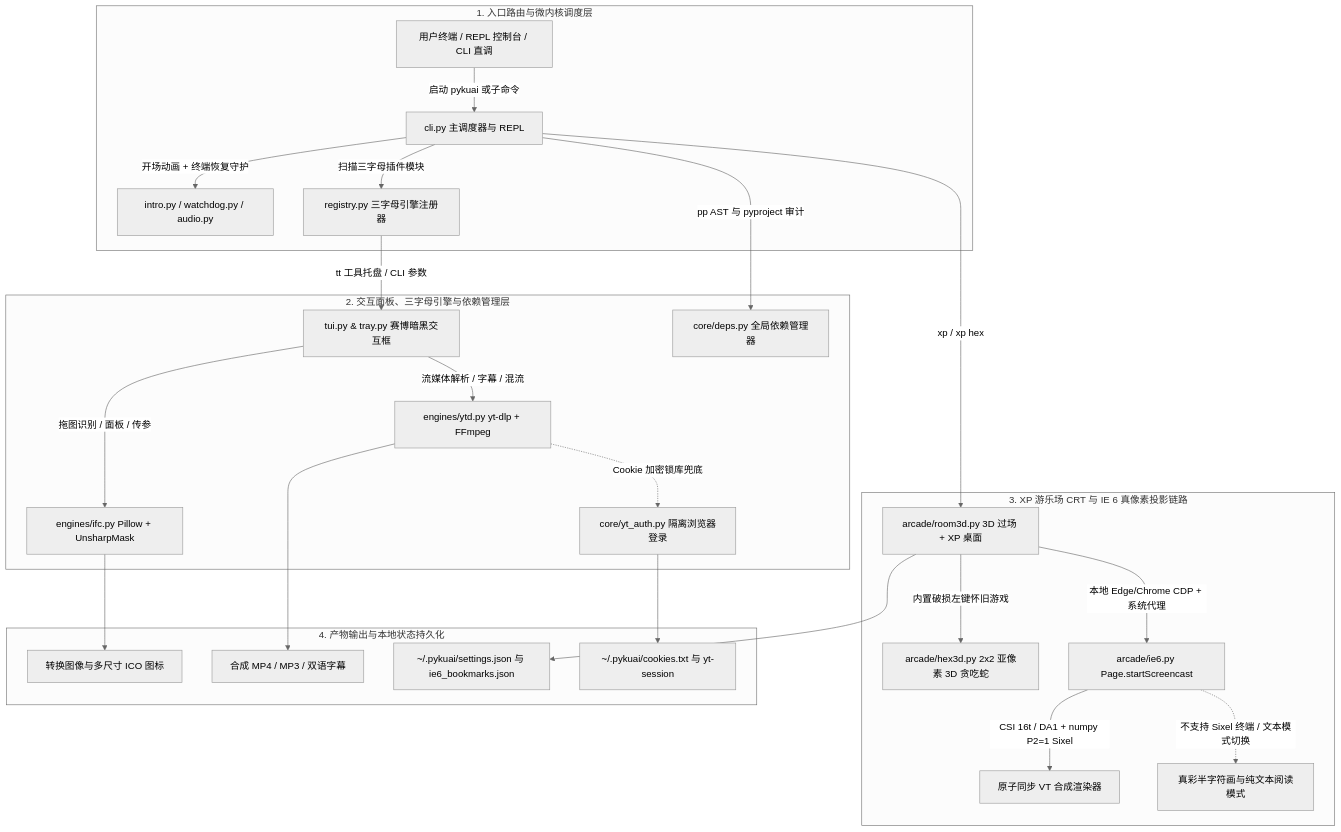
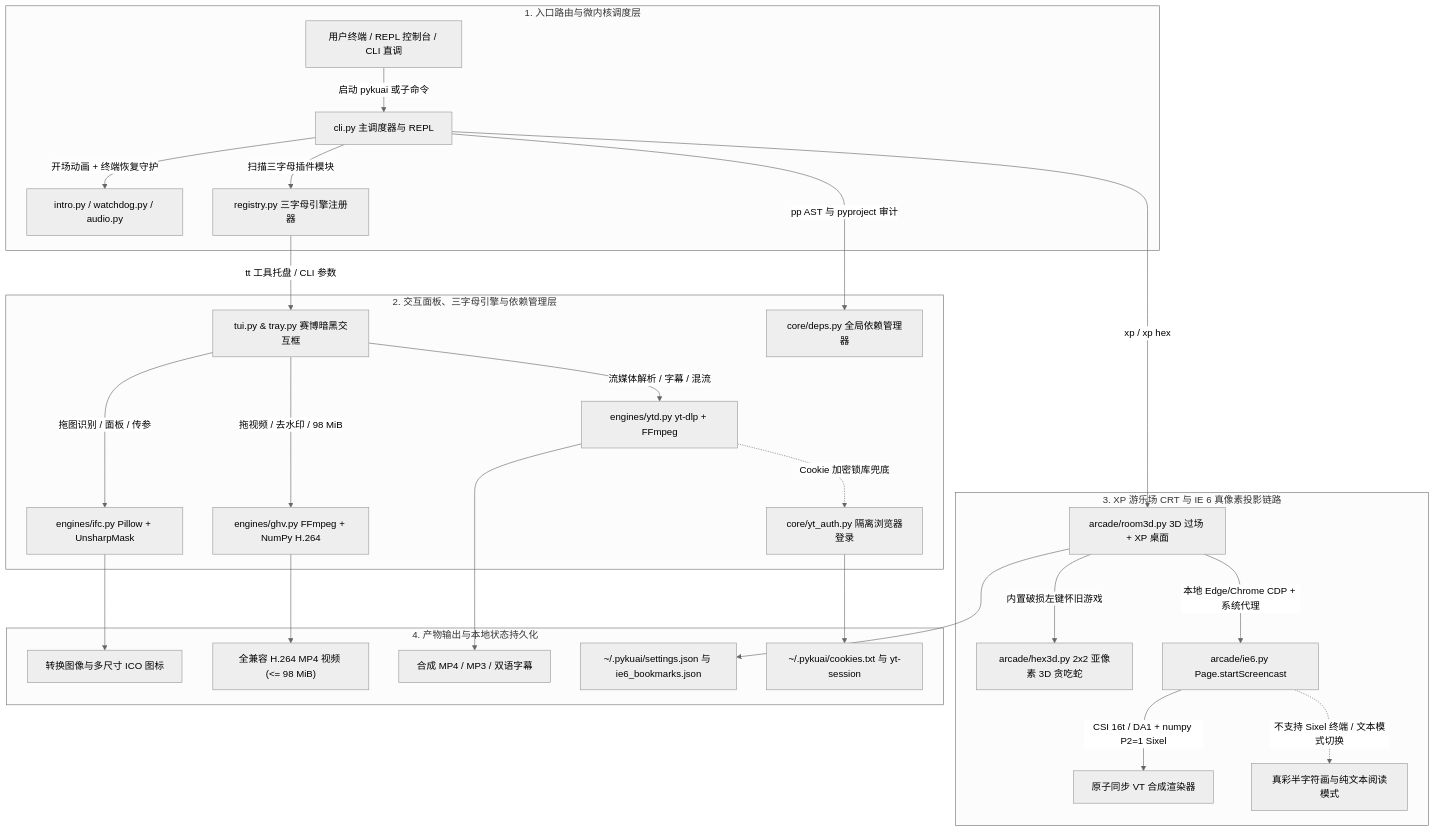
One commit to GallantTarry/pykuai changed the diagram in README.zh-CN.md. Above: the diagram before and after it, drawn with Mermaid (neutral theme). The commit also changed other lines of this file and 2 other files, not shown here.

First line of the commit message:
Enhance video optimization and watermark handling

````diff
--- a/README.zh-CN.md
+++ b/README.zh-CN.md
@@ -26,31 +26,33 @@
 ```mermaid
 flowchart TD
     subgraph S1["1. 入口路由与微内核调度层"]
         User["用户终端 / REPL 控制台 / CLI 直调"] -->|"启动 pykuai 或子命令"| CLI["cli.py 主调度器与 REPL"]
         CLI -->|"开场动画 + 终端恢复守护"| CoreUX["intro.py / watchdog.py / audio.py"]
         CLI -->|"扫描三字母插件模块"| Reg["registry.py 三字母引擎注册器"]
     end
 
     subgraph S2["2. 交互面板、三字母引擎与依赖管理层"]
         Reg -->|"tt 工具托盘 / CLI 参数"| TUI["tui.py & tray.py 赛博暗黑交互框"]
         TUI -->|"拖图识别 / 面板 / 传参"| IFC["engines/ifc.py Pillow + UnsharpMask"]
+        TUI -->|"拖视频 / 去水印 / 98 MiB"| GHV["engines/ghv.py FFmpeg + NumPy H.264"]
         TUI -->|"流媒体解析 / 字幕 / 混流"| YTD["engines/ytd.py yt-dlp + FFmpeg"]
         CLI -->|"pp AST 与 pyproject 审计"| Deps["core/deps.py 全局依赖管理器"]
         YTD -.->|"Cookie 加密锁库兜底"| Auth["core/yt_auth.py 隔离浏览器登录"]
     end
 
     subgraph S3["3. XP 游乐场 CRT 与 IE 6 真像素投影链路"]
         CLI -->|"xp / xp hex"| Room["arcade/room3d.py 3D 过场 + XP 桌面"]
         Room -->|"内置破损左键怀旧游戏"| Hex["arcade/hex3d.py 2x2 亚像素 3D 贪吃蛇"]
         Room -->|"本地 Edge/Chrome CDP + 系统代理"| IE6["arcade/ie6.py Page.startScreencast"]
         IE6 -->|"CSI 16t / DA1 + numpy P2=1 Sixel"| Blit["原子同步 VT 合成渲染器"]
         IE6 -.->|"不支持 Sixel 终端 / 文本模式切换"| HB["真彩半字符画与纯文本阅读模式"]
     end
 
     subgraph S4["4. 产物输出与本地状态持久化"]
         IFC --> OutFiles["转换图像与多尺寸 ICO 图标"]
+        GHV --> OutVideo["全兼容 H.264 MP4 视频 (<= 98 MiB)"]
         YTD --> OutMedia["合成 MP4 / MP3 / 双语字幕"]
         Room --> LocalState["~/.pykuai/settings.json 与 ie6_bookmarks.json"]
         Auth --> Cookies["~/.pykuai/cookies.txt 与 yt-session"]
     end
 ```
````
